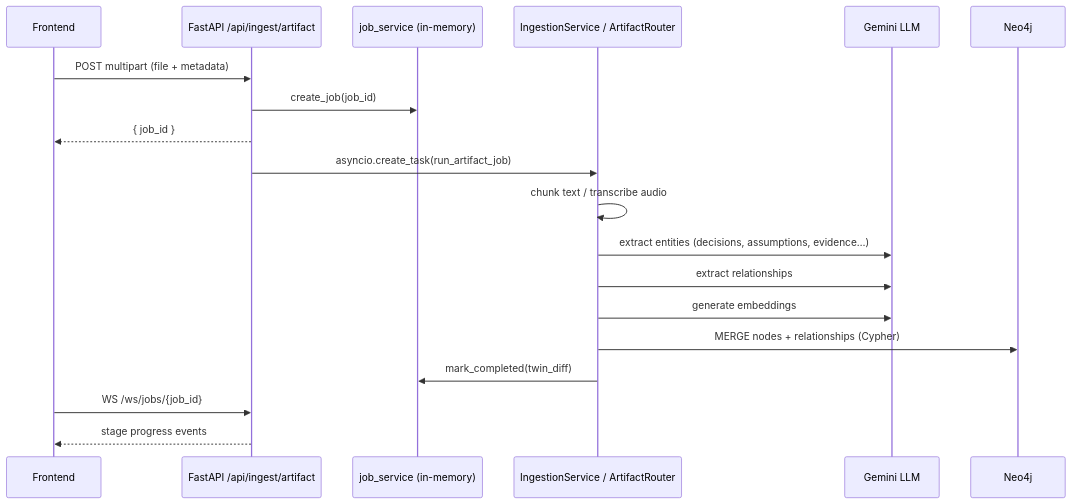
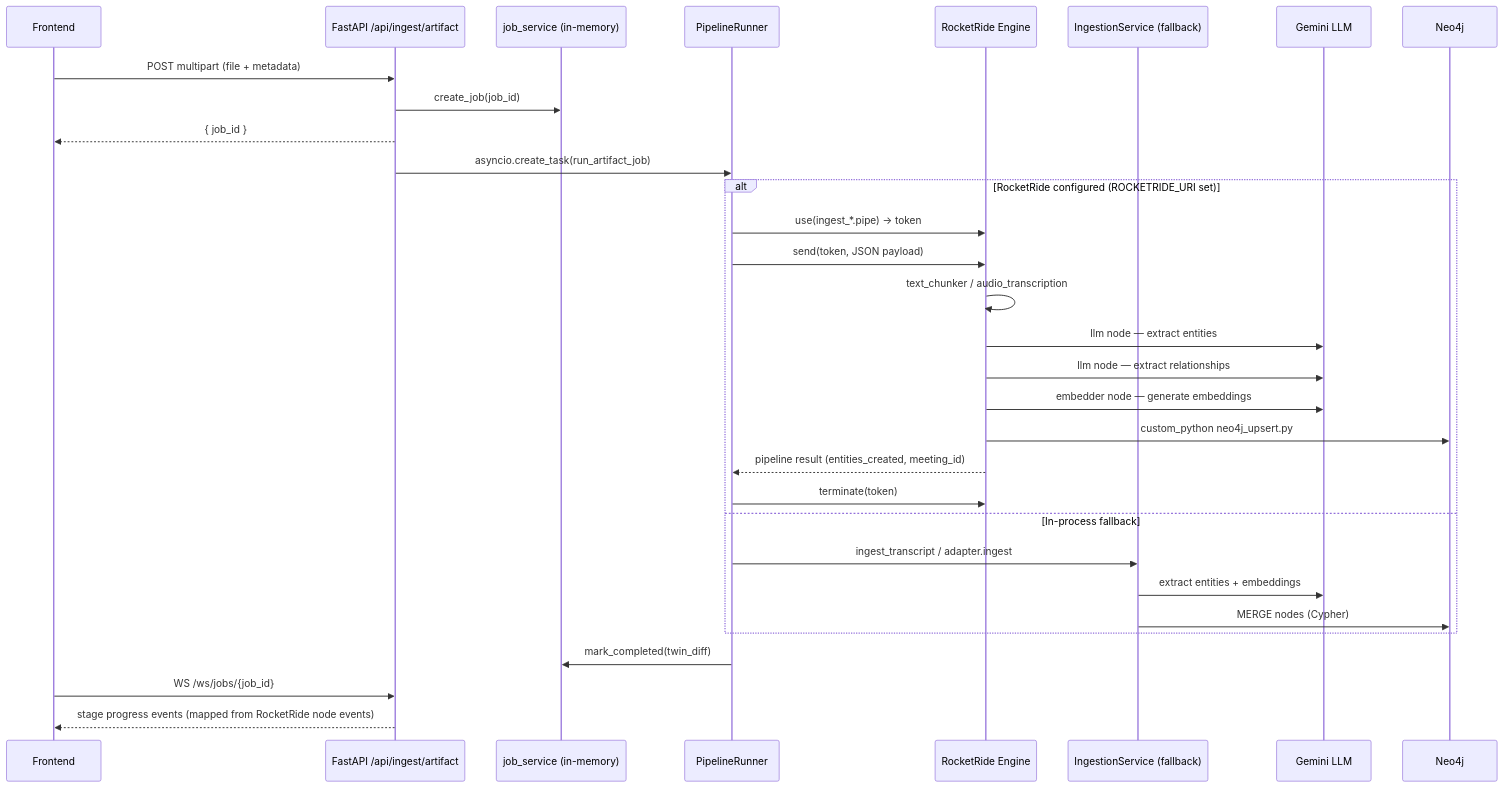
Before and after one commit to ongyixin/digiTwin: the first of 3 diagrams in README.md, drawn with Mermaid. The commit also changed other lines of this file and 11 other files, not shown here.

````diff
--- a/README.md
+++ b/README.md
@@ -131,22 +141,36 @@
 ```mermaid
 sequenceDiagram
     participant UI as Frontend
     participant API as FastAPI /api/ingest/artifact
     participant JQ as job_service (in-memory)
-    participant IS as IngestionService / ArtifactRouter
+    participant PR as PipelineRunner
+    participant RR as RocketRide Engine
+    participant IS as IngestionService (fallback)
     participant LLM as Gemini LLM
     participant N4J as Neo4j
 
     UI->>API: POST multipart (file + metadata)
     API->>JQ: create_job(job_id)
     API-->>UI: { job_id }
-    API->>IS: asyncio.create_task(run_artifact_job)
-    IS->>IS: chunk text / transcribe audio
-    IS->>LLM: extract entities (decisions, assumptions, evidence…)
-    IS->>LLM: extract relationships
-    IS->>LLM: generate embeddings
-    IS->>N4J: MERGE nodes + relationships (Cypher)
-    IS->>JQ: mark_completed(twin_diff)
+    API->>PR: asyncio.create_task(run_artifact_job)
+
+    alt RocketRide configured (ROCKETRIDE_URI set)
+        PR->>RR: use(ingest_*.pipe) → token
+        PR->>RR: send(token, JSON payload)
+        RR->>RR: text_chunker / audio_transcription
+        RR->>LLM: llm node — extract entities
+        RR->>LLM: llm node — extract relationships
+        RR->>LLM: embedder node — generate embeddings
+        RR->>N4J: custom_python neo4j_upsert.py
+        RR-->>PR: pipeline result (entities_created, meeting_id)
+        PR->>RR: terminate(token)
+    else In-process fallback
+        PR->>IS: ingest_transcript / adapter.ingest
+        IS->>LLM: extract entities + embeddings
+        IS->>N4J: MERGE nodes (Cypher)
+    end
+
+    PR->>JQ: mark_completed(twin_diff)
     UI->>API: WS /ws/jobs/{job_id}
-    API-->>UI: stage progress events
+    API-->>UI: stage progress events (mapped from RocketRide node events)
 ```
````
